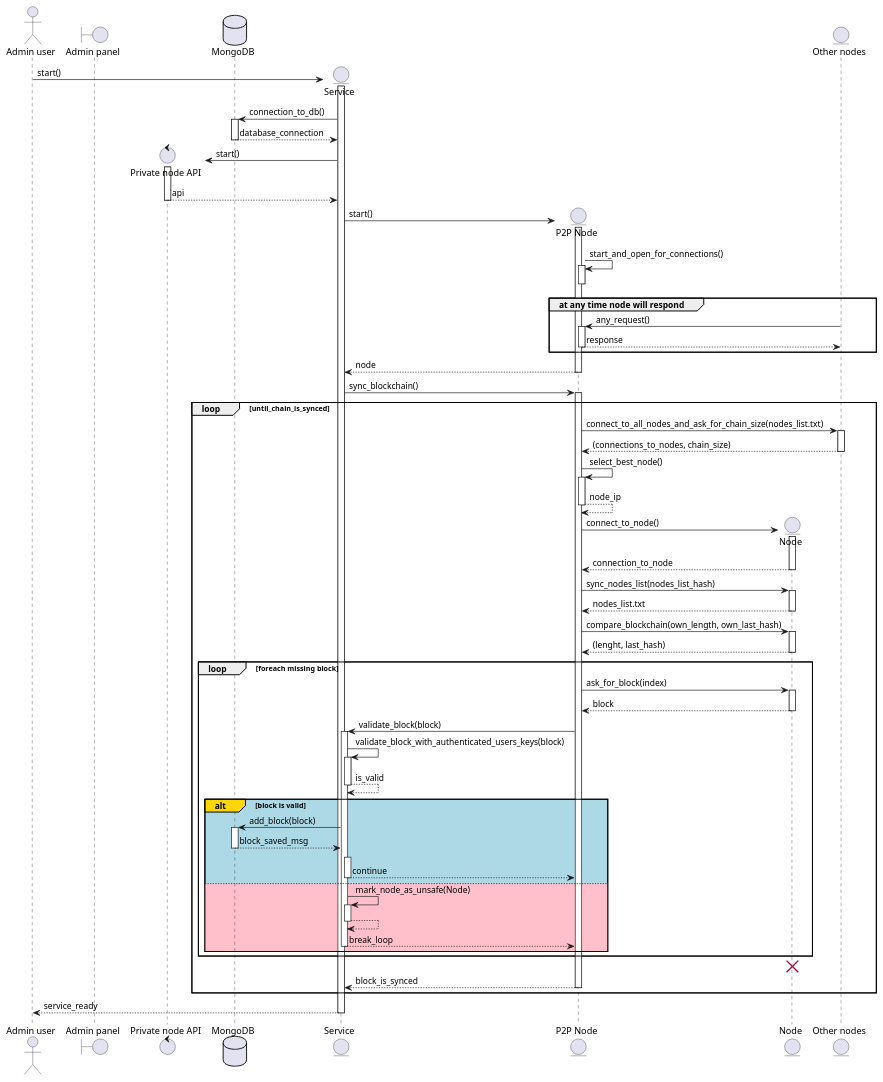
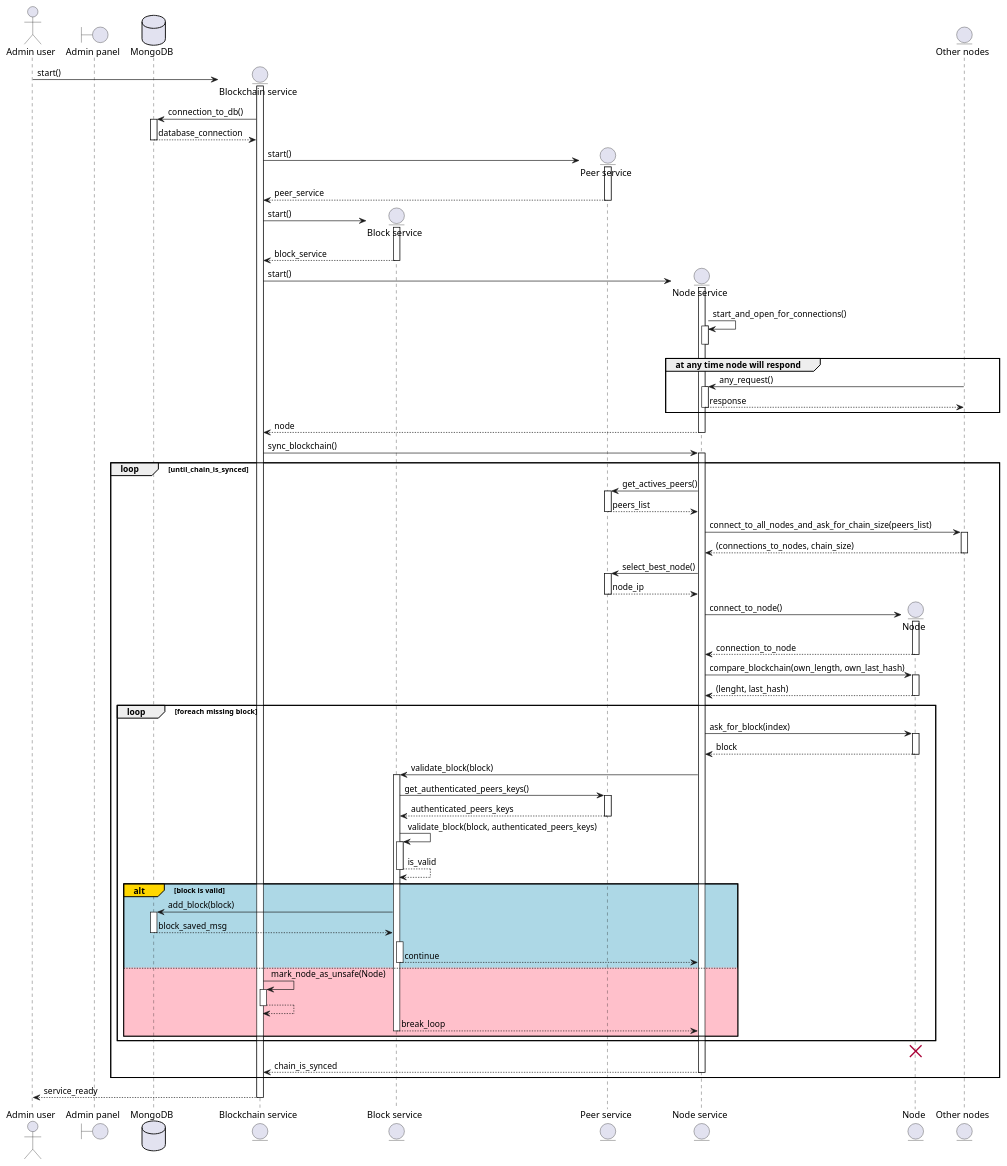
The diagram in docs/diagram_sekwencji.puml (WojciechSzade/dpachain), drawn with PlantUML before and after one commit. The commit also changed 33 other files, not shown here.

```diff
--- a/docs/diagram_sekwencji.puml
+++ b/docs/diagram_sekwencji.puml
@@ -1,64 +1,71 @@
 @startuml
 
 autoactivate on
 
 actor "Admin user" as User
 boundary "Admin panel" as GUI
-control "Private node API" as API
 database MongoDB
-entity Service
-entity "P2P Node" as P2P
+entity "Blockchain service" as Service
+entity "Block service" as BS
+entity "Peer service" as PS
+entity "Node service" as P2P
 entity "Node" as RN
 entity "Other nodes" as ON
 
 User -> Service ** : start()
 activate Service
 Service -> MongoDB : connection_to_db()
 return database_connection
-Service -> API ** : start()
-activate API
-return api
+Service -> PS ** : start()
+activate PS
+return peer_service
+Service -> BS ** : start()
+activate BS
+return block_service
 Service -> P2P ** : start()
 activate P2P
 P2P -> P2P:start_and_open_for_connections()
 deactivate P2P
 group at any time node will respond
   ON -> P2P: any_request()
   return response
 end
 return node
 Service -> P2P: sync_blockchain()
 loop until_chain_is_synced
-  P2P -> ON : connect_to_all_nodes_and_ask_for_chain_size(nodes_list.txt)
+  P2P -> PS : get_actives_peers()
+  return peers_list
+  P2P -> ON : connect_to_all_nodes_and_ask_for_chain_size(peers_list)
   return (connections_to_nodes, chain_size)
-  P2P -> P2P: select_best_node()
+  P2P -> PS: select_best_node()
   return node_ip
   P2P -> RN ** : connect_to_node()
   activate RN
   return connection_to_node
-  P2P -> RN : sync_nodes_list(nodes_list_hash)
-  return nodes_list.txt
   P2P -> RN : compare_blockchain(own_length, own_last_hash)
   return (lenght, last_hash)
   loop foreach missing block
     P2P -> RN: ask_for_block(index)
     return block
-    P2P -> Service: validate_block(block)
-    Service -> Service: validate_block_with_authenticated_users_keys(block)
+    P2P -> BS: validate_block(block)
+    BS -> PS: get_authenticated_peers_keys()
+    return authenticated_peers_keys
+    BS -> BS: validate_block(block, authenticated_peers_keys)
     return is_valid
     alt#Gold  #LightBlue block is valid
-      Service -> MongoDB: add_block(block)
+      BS -> MongoDB: add_block(block)
       return block_saved_msg
-      P2P -[hidden]> Service
+      P2P -[hidden]> BS
       return continue
     else #Pink
       Service -> Service: mark_node_as_unsafe(Node)
       return 
       return break_loop
     end
   end
   destroy RN
-  return block_is_synced
+  return chain_is_synced
 end
 return service_ready
+
 @enduml
```
